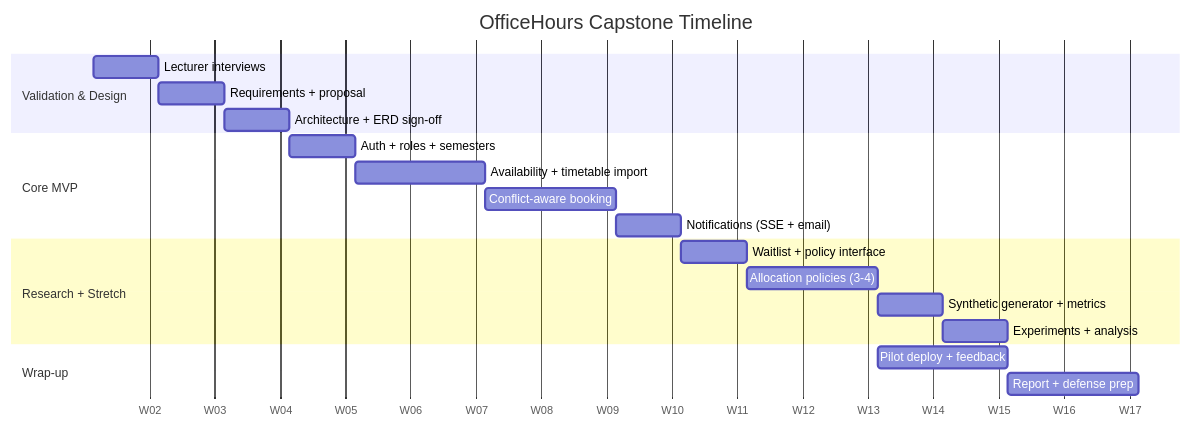
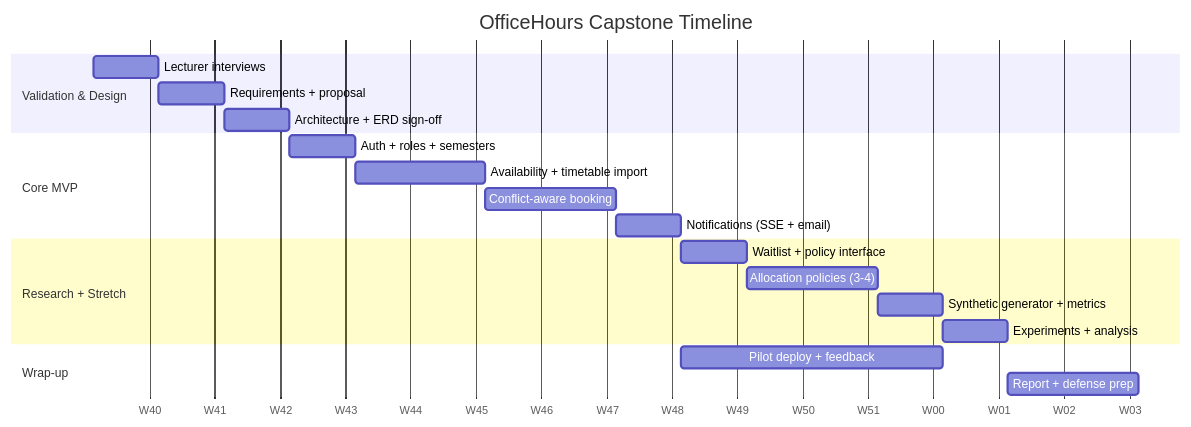
Before and after one commit to thien-0408/office-hours: the seventh of 7 diagrams in docs/capstone-officehours-plan.md, drawn with Mermaid. The commit also changed other lines of this file and 2 other files, not shown here.

Commit message:
docs: update plan to v0.2 (ingestion, ERD, timeline, stray text)

````diff
--- a/docs/capstone-officehours-plan.md
+++ b/docs/capstone-officehours-plan.md
@@ -539,27 +587,27 @@
 ```mermaid
 gantt
     dateFormat  YYYY-MM-DD
     axisFormat  W%W
     title OfficeHours Capstone Timeline
 
     section Validation & Design
-    Lecturer interviews          :a1, 2026-01-12, 1w
+    Lecturer interviews          :a1, 2026-10-05, 1w
     Requirements + proposal      :a2, after a1, 1w
     Architecture + ERD sign-off  :a3, after a2, 1w
 
     section Core MVP
     Auth + roles + semesters     :b1, after a3, 1w
     Availability + timetable import     :b2, after b1, 2w
     Conflict-aware booking        :b3, after b2, 2w
     Notifications (SSE + email)   :b4, after b3, 1w
 
     section Research + Stretch
     Waitlist + policy interface   :c1, after b4, 1w
     Allocation policies (3-4)     :c2, after c1, 2w
     Synthetic generator + metrics :c3, after c2, 1w
     Experiments + analysis        :c4, after c3, 1w
 
     section Wrap-up
-    Pilot deploy + feedback       :d1, 2026-04-06, 2w
+    Pilot deploy + feedback       :d1, after b4, 4w
     Report + defense prep         :d2, after c4, 2w
 ```
````
